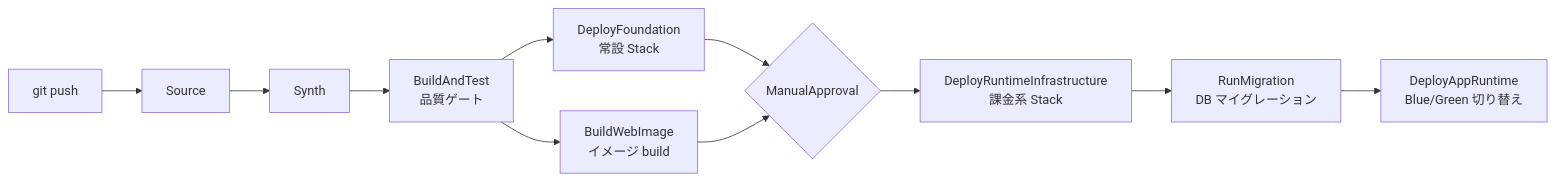
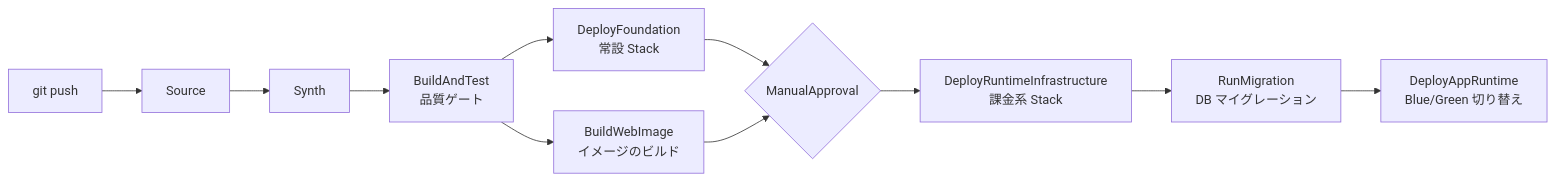
The first of 6 diagrams in articles/aws-cdk-pipelines-cicd.md (kyiwanami/zenn-docs), drawn with Mermaid before and after one commit. The commit also changed other lines of this file and 1 other file, not shown here.

````diff
--- a/articles/aws-cdk-pipelines-cicd.md
+++ b/articles/aws-cdk-pipelines-cicd.md
@@ -46,13 +46,13 @@
 ```mermaid
 flowchart LR
     A[git push] --> B[Source]
     B --> C[Synth]
     C --> D[BuildAndTest<br>品質ゲート]
     D --> E[DeployFoundation<br>常設 Stack]
-    D --> F[BuildWebImage<br>イメージ build]
+    D --> F[BuildWebImage<br>イメージのビルド]
     E --> G{ManualApproval}
     F --> G
     G --> H[DeployRuntimeInfrastructure<br>課金系 Stack]
     H --> I[RunMigration<br>DB マイグレーション]
     I --> J[DeployAppRuntime<br>Blue/Green 切り替え]
 ```
````
